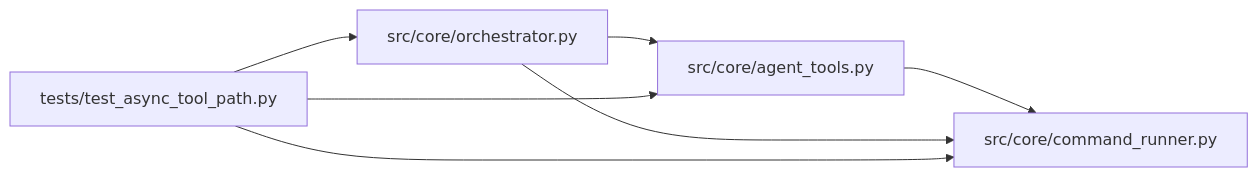
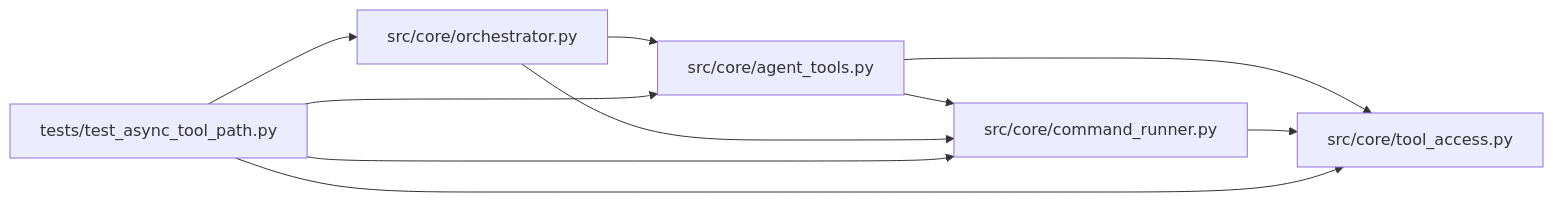
One commit to Denissvgn/autoresearch-agent changed the diagram in docs/llm_wiki/modules/test_async_tool_path.md. Above: the diagram before and after it, drawn with Mermaid. The commit also changed other lines of this file and 73 other files, not shown here.

First line of the commit message:
docs(wiki): sync pages for the shared tool-path authorization module

````diff
--- a/docs/llm_wiki/modules/test_async_tool_path.md
+++ b/docs/llm_wiki/modules/test_async_tool_path.md
@@ -49,17 +50,22 @@
 ```mermaid
 flowchart LR
     n0["src/core/agent_tools.py"]
     n1["src/core/command_runner.py"]
     n2["src/core/orchestrator.py"]
-    n3["tests/test_async_tool_path.py"]
+    n3["src/core/tool_access.py"]
+    n4["tests/test_async_tool_path.py"]
     n0 --> n1
+    n0 --> n3
+    n1 --> n3
     n2 --> n0
     n2 --> n1
-    n3 --> n0
-    n3 --> n1
-    n3 --> n2
+    n4 --> n0
+    n4 --> n1
+    n4 --> n2
+    n4 --> n3
     click n0 "../modules/agent_tools.md"
     click n1 "../modules/command_runner.md"
     click n2 "../modules/orchestrator.md"
-    click n3 "../modules/test_async_tool_path.md"
+    click n3 "../modules/tool_access.md"
+    click n4 "../modules/test_async_tool_path.md"
 ```
````
